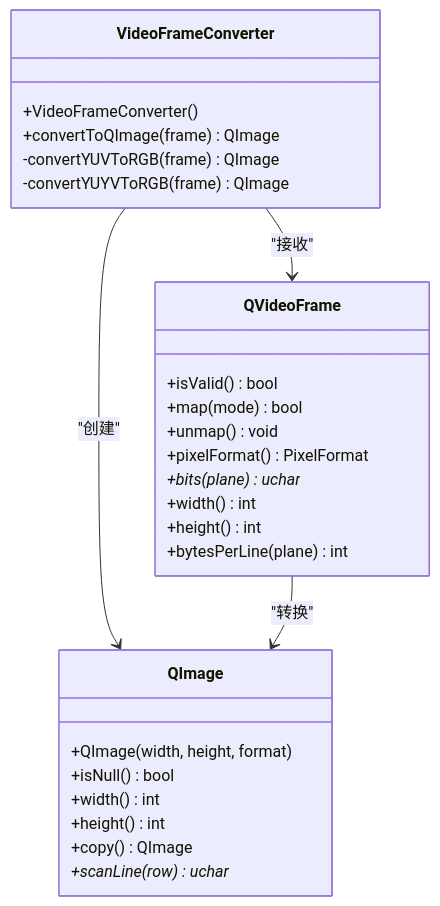
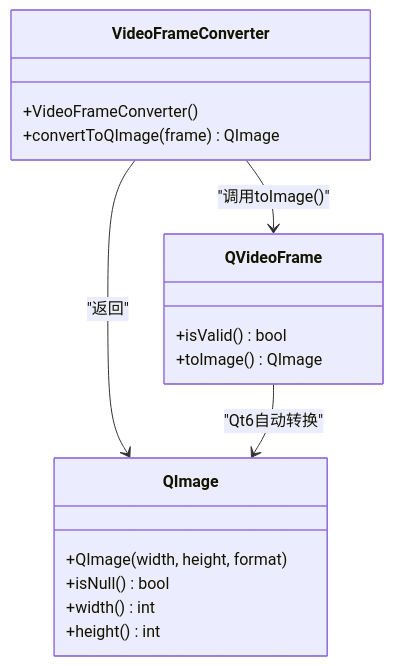
One commit to HeQiTZD/Triple-terminal-Attendance-Punching-System changed the third of 8 diagrams in .qoder/repowiki/zh/content/核心模块/摄像头采集模块/帧格式转换.md. Above: the diagram before and after it, drawn with Mermaid. The commit also changed other lines of this file and 127 other files, not shown here.

````diff
--- a/.qoder/repowiki/zh/content/核心模块/摄像头采集模块/帧格式转换.md
+++ b/.qoder/repowiki/zh/content/核心模块/摄像头采集模块/帧格式转换.md
@@ -130,30 +138,20 @@
 ```mermaid
 classDiagram
 class VideoFrameConverter {
 +VideoFrameConverter()
 +convertToQImage(frame) QImage
--convertYUVToRGB(frame) QImage
--convertYUYVToRGB(frame) QImage
 }
 class QVideoFrame {
 +isValid() bool
-+map(mode) bool
-+unmap() void
-+pixelFormat() PixelFormat
-+bits(plane) uchar*
-+width() int
-+height() int
-+bytesPerLine(plane) int
++toImage() QImage
 }
 class QImage {
 +QImage(width, height, format)
 +isNull() bool
 +width() int
 +height() int
-+copy() QImage
-+scanLine(row) uchar*
 }
-VideoFrameConverter --> QVideoFrame : "接收"
-VideoFrameConverter --> QImage : "创建"
-QVideoFrame --> QImage : "转换"
+VideoFrameConverter --> QVideoFrame : "调用toImage()"
+VideoFrameConverter --> QImage : "返回"
+QVideoFrame --> QImage : "Qt6自动转换"
 ```
````
